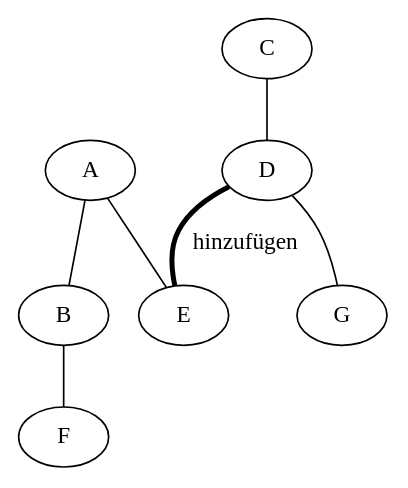
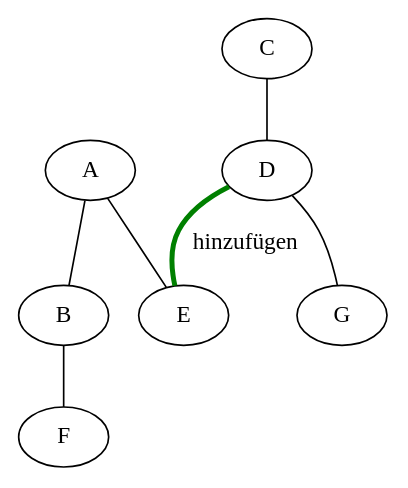
Before and after one commit to microtherion/FD1_HS13_U1_GKMN: the diagram in graph/BaumLochFix.dot, drawn with Graphviz. The commit also changed 2 other files, not shown here.

```diff
--- a/graph/BaumLochFix.dot
+++ b/graph/BaumLochFix.dot
@@ -1,8 +1,8 @@
 graph Baum {
       A -- B
       C -- D
       A -- E
       B -- F
       D -- G
-      D -- E [penwidth=3,label="hinzufügen"]
+      D -- E [penwidth=3,label="hinzufügen",color="green"]
 }
```
